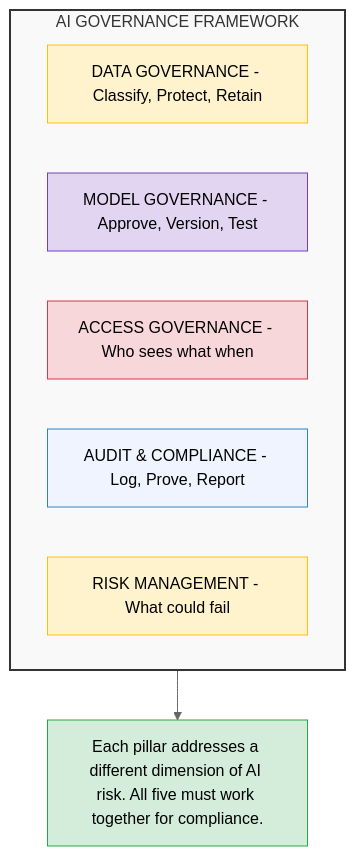
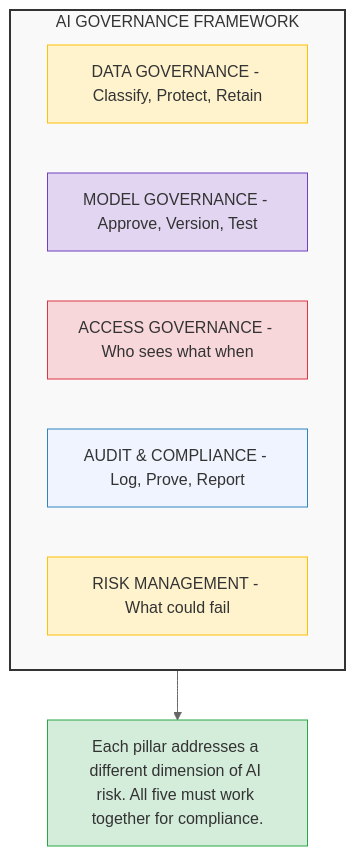
Before and after one commit to ithinktavo/GenAI-Engineering-Handbook: the first of 3 diagrams in docs/10-governance.md, drawn with Mermaid (neutral theme). The commit also changed other lines of this file and 9 other files, not shown here.

Commit message:
Fix Mermaid diagram text contrast: add color:#333 for readable dark text on colored backgrounds

````diff
--- a/docs/10-governance.md
+++ b/docs/10-governance.md
@@ -35,22 +35,22 @@
 ```mermaid
 graph TD
     subgraph framework["AI GOVERNANCE FRAMEWORK"]
         direction LR
         P1["DATA GOVERNANCE - Classify, Protect, Retain"]
         P2["MODEL GOVERNANCE - Approve, Version, Test"]
         P3["ACCESS GOVERNANCE - Who sees what when"]
         P4["AUDIT & COMPLIANCE - Log, Prove, Report"]
         P5["RISK MANAGEMENT - What could fail"]
     end
 
     note["Each pillar addresses a different dimension of AI risk. All five must work together for compliance."]
     framework --> note
 
-    style P1 fill:#fff3cd,stroke:#ffc107
-    style P2 fill:#e2d5f1,stroke:#6f42c1
-    style P3 fill:#f8d7da,stroke:#dc3545
-    style P4 fill:#f0f4ff,stroke:#2E86C1
-    style P5 fill:#fff3cd,stroke:#ffc107
-    style framework fill:#f9f9f9,stroke:#333,stroke-width:2px
-    style note fill:#d4edda,stroke:#28a745
+    style P1 fill:#fff3cd,stroke:#ffc107,color:#333
+    style P2 fill:#e2d5f1,stroke:#6f42c1,color:#333
+    style P3 fill:#f8d7da,stroke:#dc3545,color:#333
+    style P4 fill:#f0f4ff,stroke:#2E86C1,color:#333
+    style P5 fill:#fff3cd,stroke:#ffc107,color:#333
+    style framework fill:#f9f9f9,stroke:#333,stroke-width:2px,color:#333
+    style note fill:#d4edda,stroke:#28a745,color:#333
 ```
````
